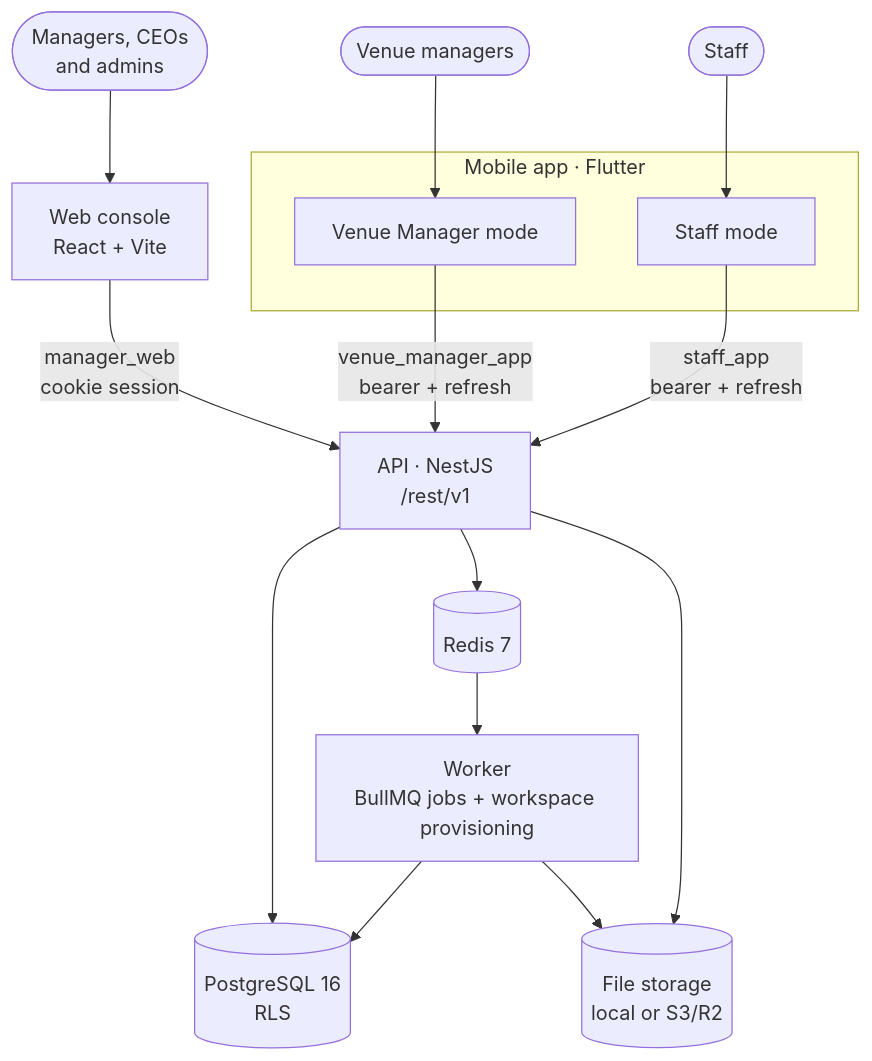
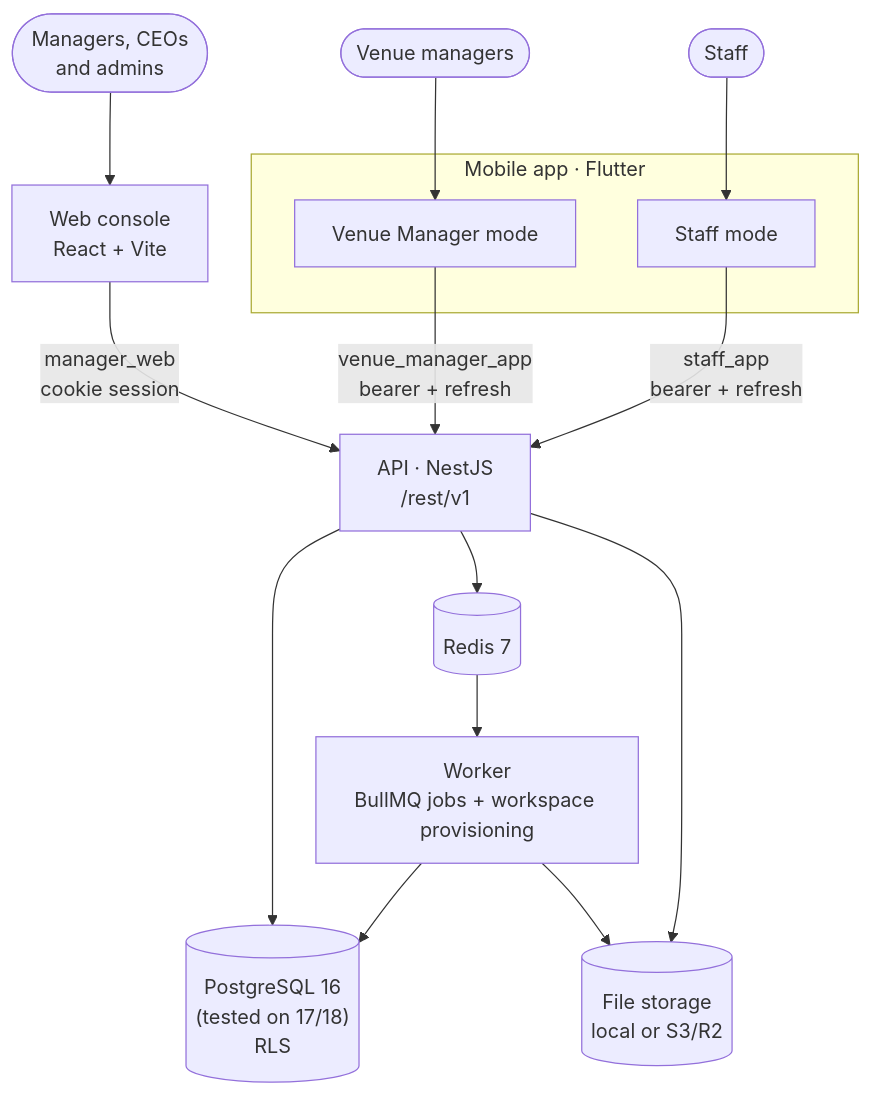
The diagram in packages/rab-docs/developers/introduction.mdx (Rabblo06/rab-recurit), drawn with Mermaid before and after one commit. The commit also changed 2 other files, not shown here.

Commit message:
docs(x5.2): review fixes: 21 workspace tables, 0.6 workspace commands, README psql continuations

````diff
--- a/packages/rab-docs/developers/introduction.mdx
+++ b/packages/rab-docs/developers/introduction.mdx
@@ -9,24 +9,24 @@
 ```mermaid
 flowchart TB
     managers(["Managers, CEOs<br/>and admins"])
     venueManagers(["Venue managers"])
     staff(["Staff"])
     web["Web console<br/>React + Vite"]
     subgraph mobileApp ["Mobile app · Flutter"]
         vmMode["Venue Manager mode"]
         staffMode["Staff mode"]
     end
     managers --> web
     venueManagers --> vmMode
     staff --> staffMode
     web -- "manager_web<br/>cookie session" --> api
     vmMode -- "venue_manager_app<br/>bearer + refresh" --> api
     staffMode -- "staff_app<br/>bearer + refresh" --> api
     api["API · NestJS<br/>/rest/v1"]
-    api --> pg[("PostgreSQL 16<br/>RLS")]
+    api --> pg[("PostgreSQL 16<br/>(tested on 17/18)<br/>RLS")]
     api --> redis[("Redis 7")]
     redis --> worker["Worker<br/>BullMQ jobs + workspace provisioning"]
     worker --> pg
     api --> files[("File storage<br/>local or S3/R2")]
     worker --> files
 ```
````
